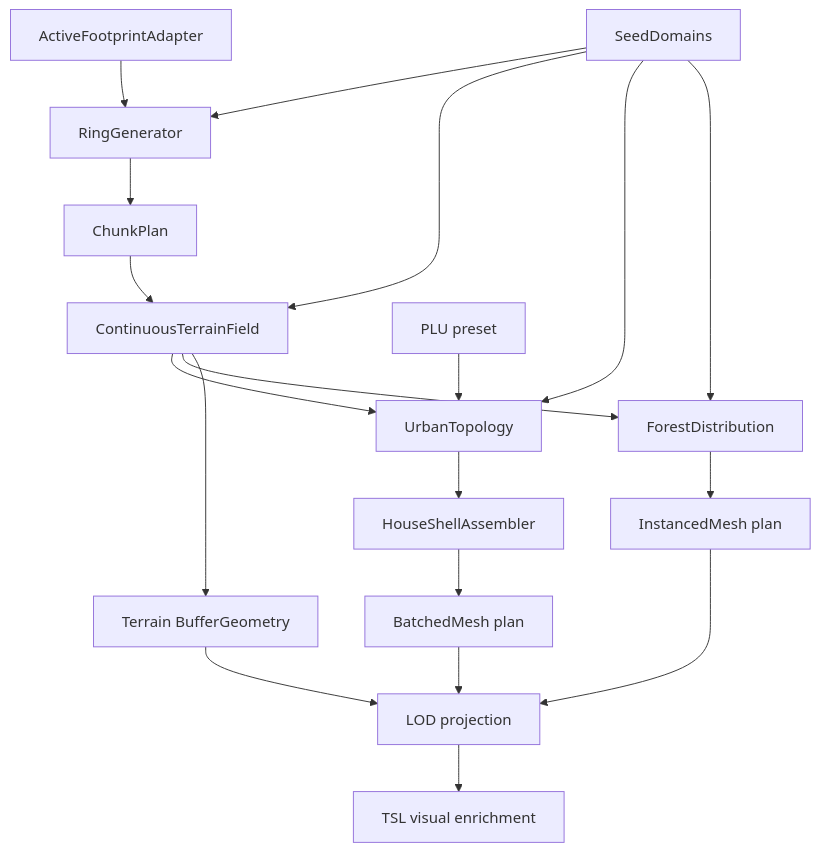
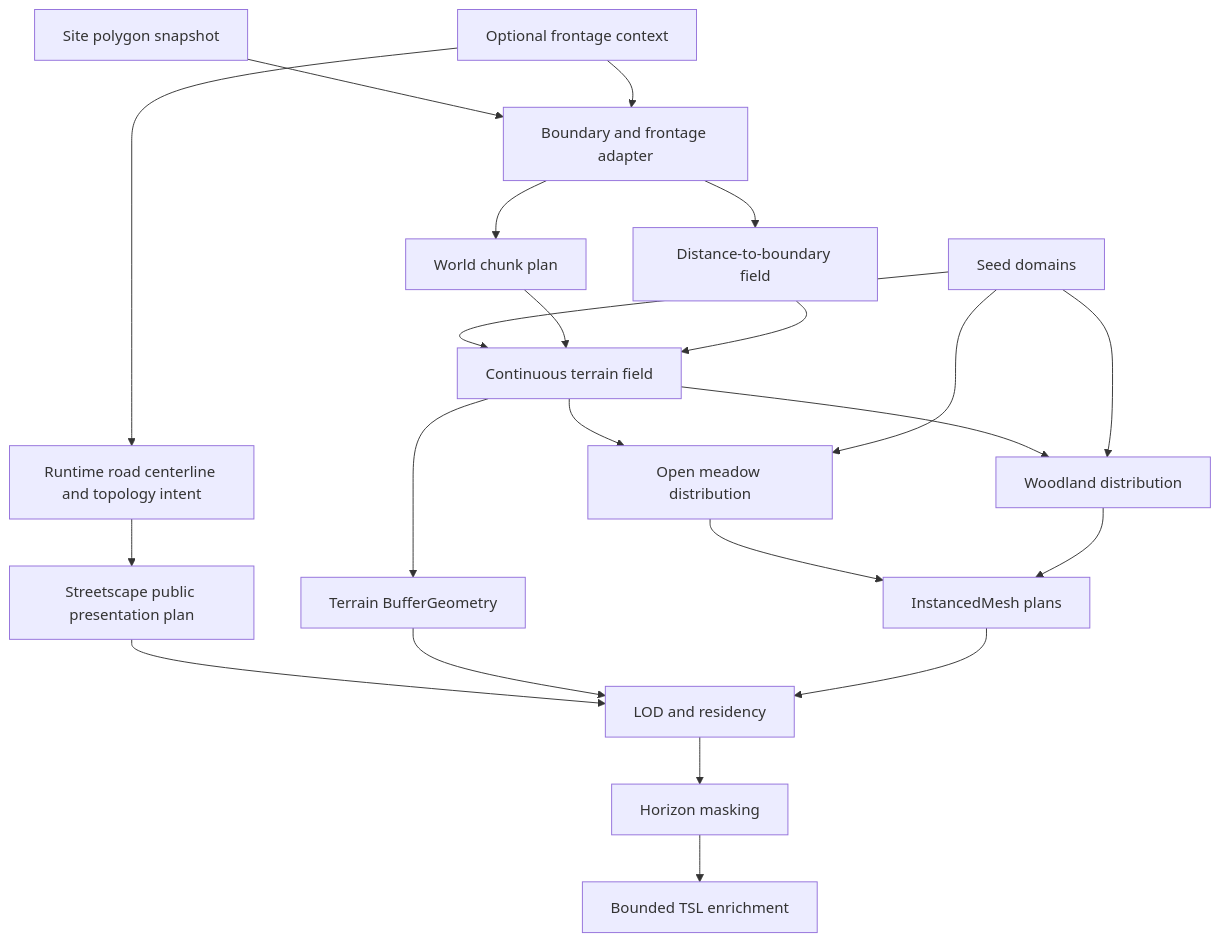
Before and after one commit to AxiomeCG/environment: the second of 2 diagrams in .procedural/procedural-surroundings/SPEC.md, drawn with Mermaid. The commit also changed other lines of this file and 5 other files, not shown here.

````diff
--- a/.procedural/procedural-surroundings/SPEC.md
+++ b/.procedural/procedural-surroundings/SPEC.md
@@ -76,21 +82,24 @@
 ```mermaid
 graph TD
-    F[ActiveFootprintAdapter] --> R[RingGenerator]
-    S[SeedDomains] --> R
-    R --> C[ChunkPlan]
-    S --> T[ContinuousTerrainField]
+    P[Site polygon snapshot] --> B[Boundary and frontage adapter]
+    B --> C[World chunk plan]
+    B --> D[Distance-to-boundary field]
+    F[Optional frontage context] --> B
+    S[Seed domains] --> T[Continuous terrain field]
     C --> T
-    T --> U[UrbanTopology]
-    T --> V[ForestDistribution]
-    P[PLU preset] --> U
-    S --> U
-    S --> V
-    U --> H[HouseShellAssembler]
-    H --> B[BatchedMesh plan]
-    V --> I[InstancedMesh plan]
+    D --> T
+    T --> M[Open meadow distribution]
+    T --> W[Woodland distribution]
+    S --> M
+    S --> W
+    F --> RI[Runtime road centerline and topology intent]
+    RI --> SP[Streetscape public presentation plan]
     T --> G[Terrain BufferGeometry]
-    B --> L[LOD projection]
+    M --> I[InstancedMesh plans]
+    W --> I
+    SP --> L[LOD and residency]
+    G --> L
     I --> L
-    G --> L
-    L --> M[TSL visual enrichment]
+    L --> H[Horizon masking]
+    H --> V[Bounded TSL enrichment]
 ```
````
